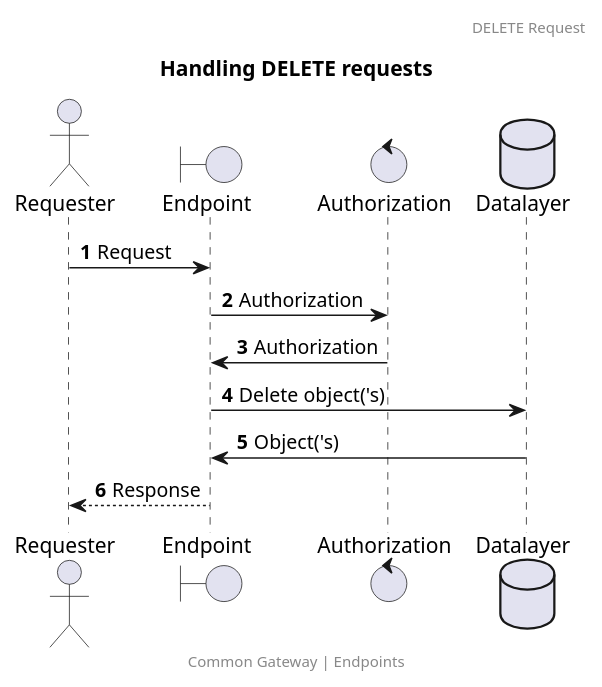
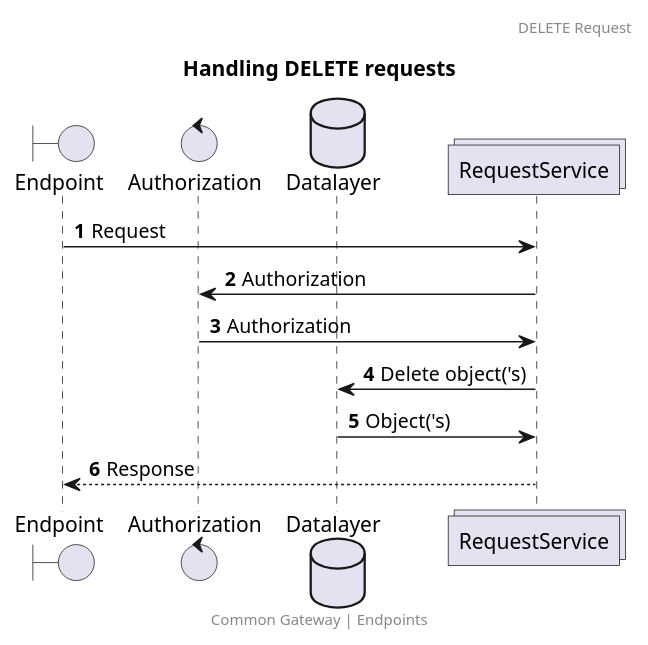
The diagram in docs/features/request_delete.puml (CommonGateway/CoreBundle), drawn with PlantUML before and after one commit. The commit also changed 7 other files, not shown here.

Commit message:
Add proxy and throw sequence diagrams

```diff
--- a/docs/features/request_delete.puml
+++ b/docs/features/request_delete.puml
@@ -1,18 +1,18 @@
 @startuml
 title: Handling DELETE requests
 footer: Common Gateway | Endpoints
 header: DELETE Request
 autonumber
 
-actor       Requester        as Requester
 boundary    Endpoint         as Endpoint
 control     Authorization    as Authorization
 database    Datalayer        as Datalayer
+collections RequestService   as RequestService
 
-Requester -> Endpoint: Request
-Endpoint -> Authorization  : Authorization
-Authorization -> Endpoint  : Authorization
-Endpoint -> Datalayer : Delete object('s)
-Datalayer -> Endpoint : Object('s)
-Endpoint --> Requester: Response
+Endpoint -> RequestService: Request
+RequestService -> Authorization  : Authorization
+Authorization -> RequestService  : Authorization
+RequestService -> Datalayer : Delete object('s)
+Datalayer -> RequestService : Object('s)
+RequestService --> Endpoint: Response
 @enduml
```
